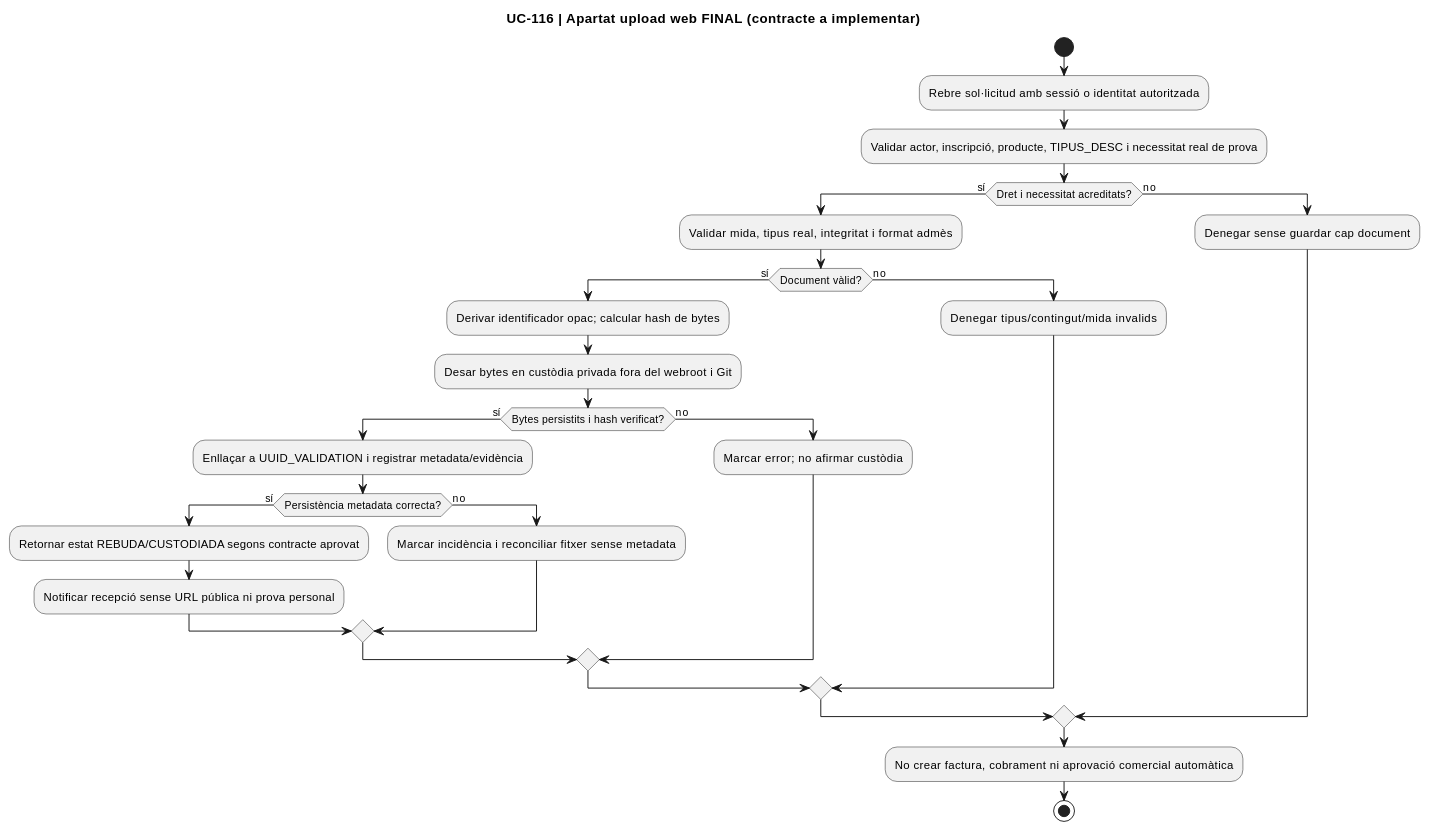
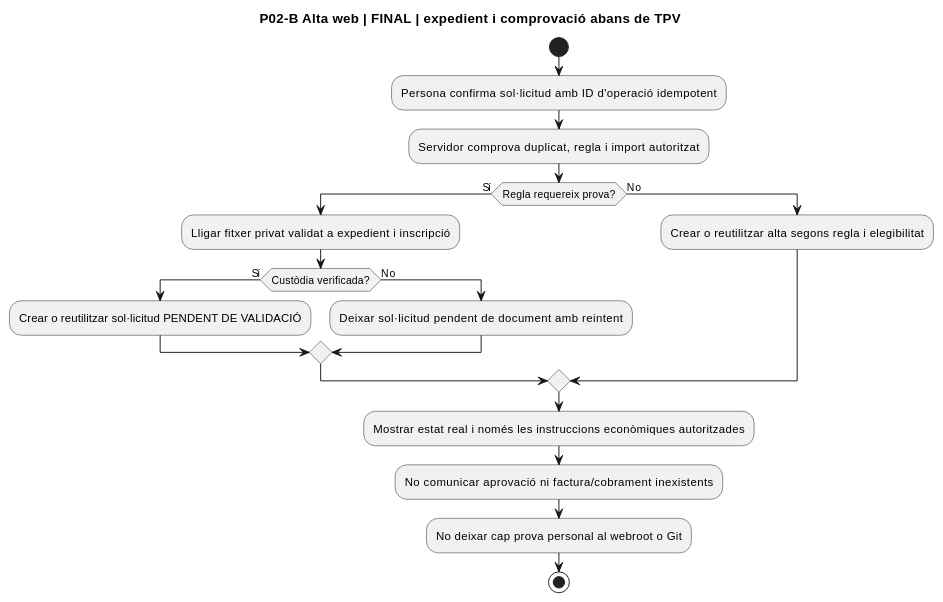
The sixth of 10 diagrams in documentacio/07-uml-integrat/uc-116-activitats-pagines-justificants-actual-final.md (orgmeriemprismacat-del/verifactu), drawn with PlantUML before and after one commit. The commit also changed other lines of this file, not shown here.

Commit message:
docs: complete UC116 page activity diagrams with verified web form and intranet method

````diff
--- a/documentacio/07-uml-integrat/uc-116-activitats-pagines-justificants-actual-final.md
+++ b/documentacio/07-uml-integrat/uc-116-activitats-pagines-justificants-actual-final.md
@@ -96,32 +163,22 @@
 ```plantuml
 @startuml
-title UC-116 | Apartat upload web FINAL (contracte a implementar)
+title P02-B Alta web | FINAL | expedient i comprovació abans de TPV
 start
-:Rebre sol·licitud amb sessió o identitat autoritzada;
-:Validar actor, inscripció, producte, TIPUS_DESC i necessitat real de prova;
-if (Dret i necessitat acreditats?) then (sí)
-  :Validar mida, tipus real, integritat i format admès;
-  if (Document vàlid?) then (sí)
-    :Derivar identificador opac; calcular hash de bytes;
-    :Desar bytes en custòdia privada fora del webroot i Git;
-    if (Bytes persistits i hash verificat?) then (sí)
-      :Enllaçar a UUID_VALIDATION i registrar metadata/evidència;
-      if (Persistència metadata correcta?) then (sí)
-        :Retornar estat REBUDA/CUSTODIADA segons contracte aprovat;
-        :Notificar recepció sense URL pública ni prova personal;
-      else (no)
-        :Marcar incidència i reconciliar fitxer sense metadata;
-      endif
-    else (no)
-      :Marcar error; no afirmar custòdia;
-    endif
-  else (no)
-    :Denegar tipus/contingut/mida invalids;
-  endif
-else (no)
-  :Denegar sense guardar cap document;
+:Persona confirma sol·licitud amb ID d'operació idempotent;
+:Servidor comprova duplicat, regla i import autoritzat;
+if (Regla requereix prova?) then (Sí)
+ :Lligar fitxer privat validat a expedient i inscripció;
+ if (Custòdia verificada?) then (Sí)
+  :Crear o reutilitzar sol·licitud PENDENT DE VALIDACIÓ;
+ else (No)
+  :Deixar sol·licitud pendent de document amb reintent;
+ endif
+else (No)
+ :Crear o reutilitzar alta segons regla i elegibilitat;
 endif
-:No crear factura, cobrament ni aprovació comercial automàtica;
+:Mostrar estat real i només les instruccions econòmiques autoritzades;
+:No comunicar aprovació ni factura/cobrament inexistents;
+:No deixar cap prova personal al webroot o Git;
 stop
 @enduml
 ```
````
